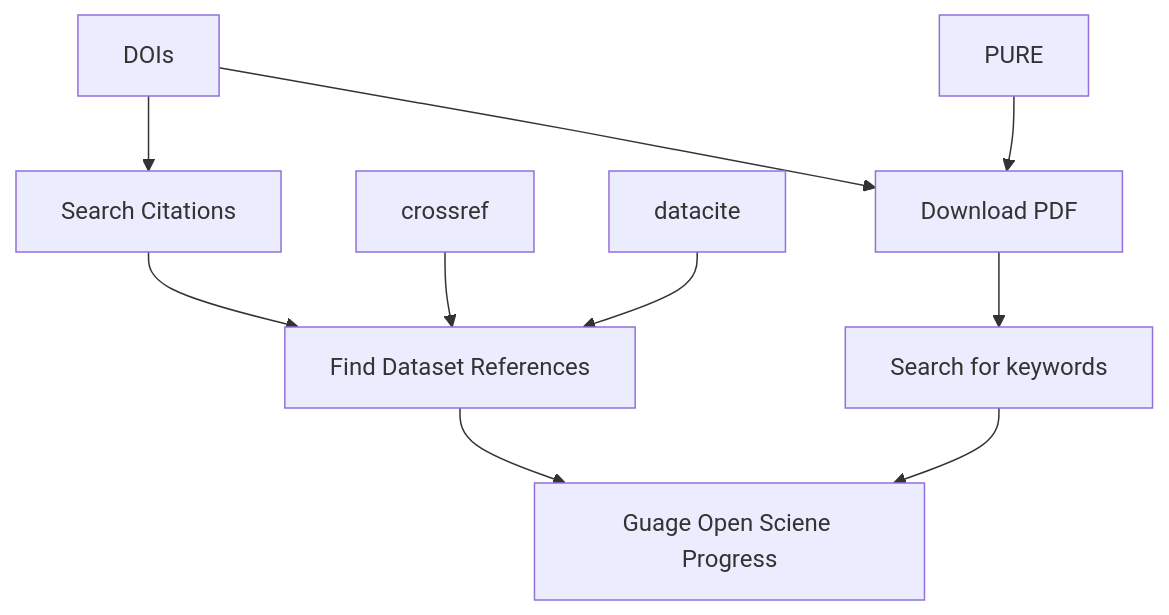
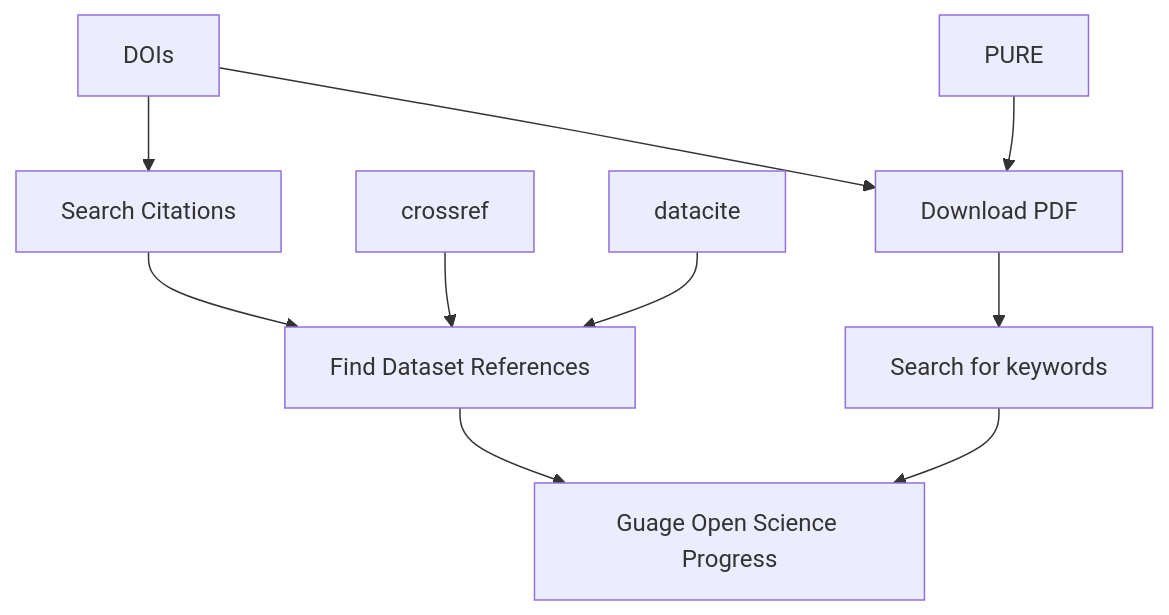
One commit to EstherPlomp/TNW-Tracking changed the diagram in README.md. Above: the diagram before and after it, drawn with Mermaid. The commit also changed other lines of this file and 2 other files, not shown here.

First line of the commit message:
Facilitate custom keywords list

````diff
--- a/README.md
+++ b/README.md
@@ -16,12 +16,12 @@
 ```mermaid
 graph TD;
     DOIs-->dd[Search Citations];
     crossref-->de[Find Dataset References]
     datacite-->de[Find Dataset References]
     dd[Search Citations]-->de[Find Dataset References]
     DOIs-->df[Download PDF];
     PURE-->df[Download PDF];
     df[Download PDF]-->dg[Search for keywords]
-    dg[Search for keywords]-->dh[Guage Open Sciene Progress];
-    de[Find Dataset References]-->dh[Guage Open Sciene Progress];  
+    dg[Search for keywords]-->dh[Guage Open Science Progress];
+    de[Find Dataset References]-->dh[Guage Open Science Progress];  
 ```
````
